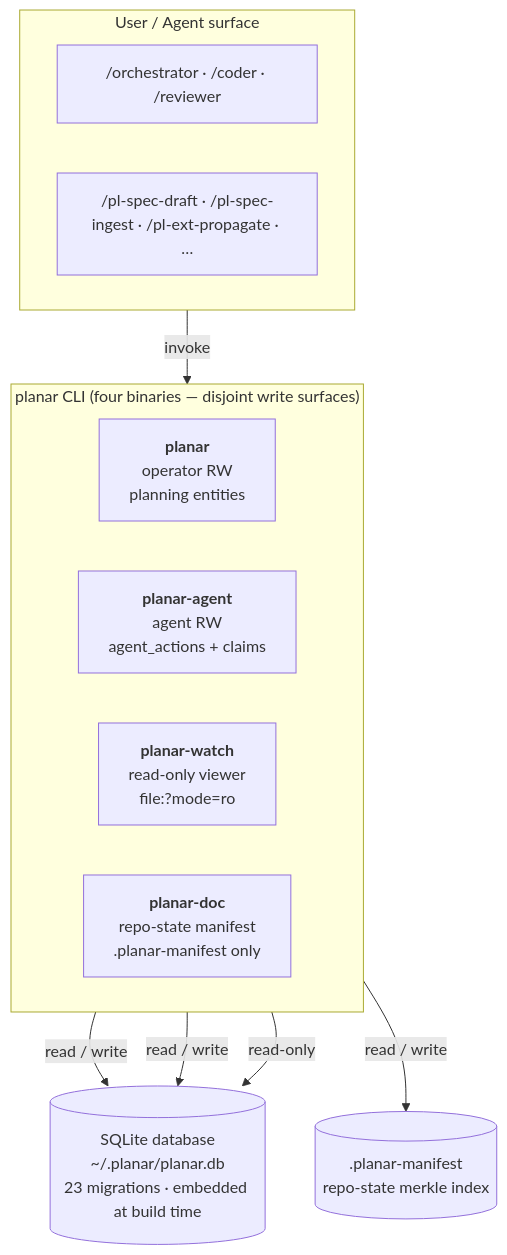
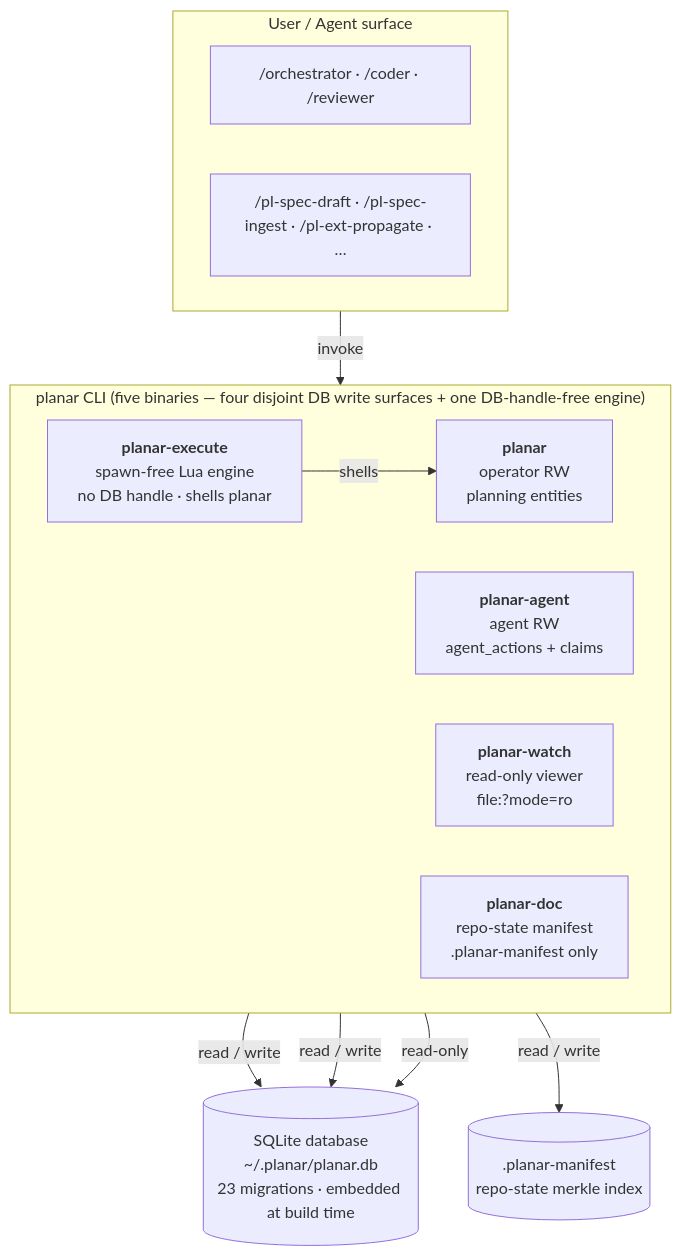
The first of 2 diagrams in docs/architecture.md (rdrsss/planar), drawn with Mermaid before and after one commit. The commit also changed other lines of this file and 6 other files, not shown here.

First line of the commit message:
P0.4: update repo boundary from four to five binaries (plan 633)

````diff
--- a/docs/architecture.md
+++ b/docs/architecture.md
@@ -11,25 +11,27 @@
 ```mermaid
 flowchart TD
     subgraph Surface["User / Agent surface"]
         direction LR
         S1["/orchestrator · /coder · /reviewer"]
         S2["/pl-spec-draft · /pl-spec-ingest · /pl-ext-propagate · …"]
     end
 
-    subgraph Binaries["planar CLI (four binaries — disjoint write surfaces)"]
+    subgraph Binaries["planar CLI (five binaries — four disjoint DB write surfaces + one DB-handle-free engine)"]
         direction LR
         B1["<b>planar</b><br/>operator RW<br/>planning entities"]
         B2["<b>planar-agent</b><br/>agent RW<br/>agent_actions + claims"]
         B3["<b>planar-watch</b><br/>read-only viewer<br/>file:?mode=ro"]
         B4["<b>planar-doc</b><br/>repo-state manifest<br/>.planar-manifest only"]
+        B5["<b>planar-execute</b><br/>spawn-free Lua engine<br/>no DB handle · shells planar"]
     end
 
     DB[("SQLite database<br/>~/.planar/planar.db<br/>23 migrations · embedded at build time")]
     MF[(".planar-manifest<br/>repo-state merkle index")]
 
     Surface -->|invoke| Binaries
     B1 -->|read / write| DB
     B2 -->|read / write| DB
     B3 -->|read-only| DB
     B4 -->|read / write| MF
+    B5 -->|shells| B1
 ```
````
